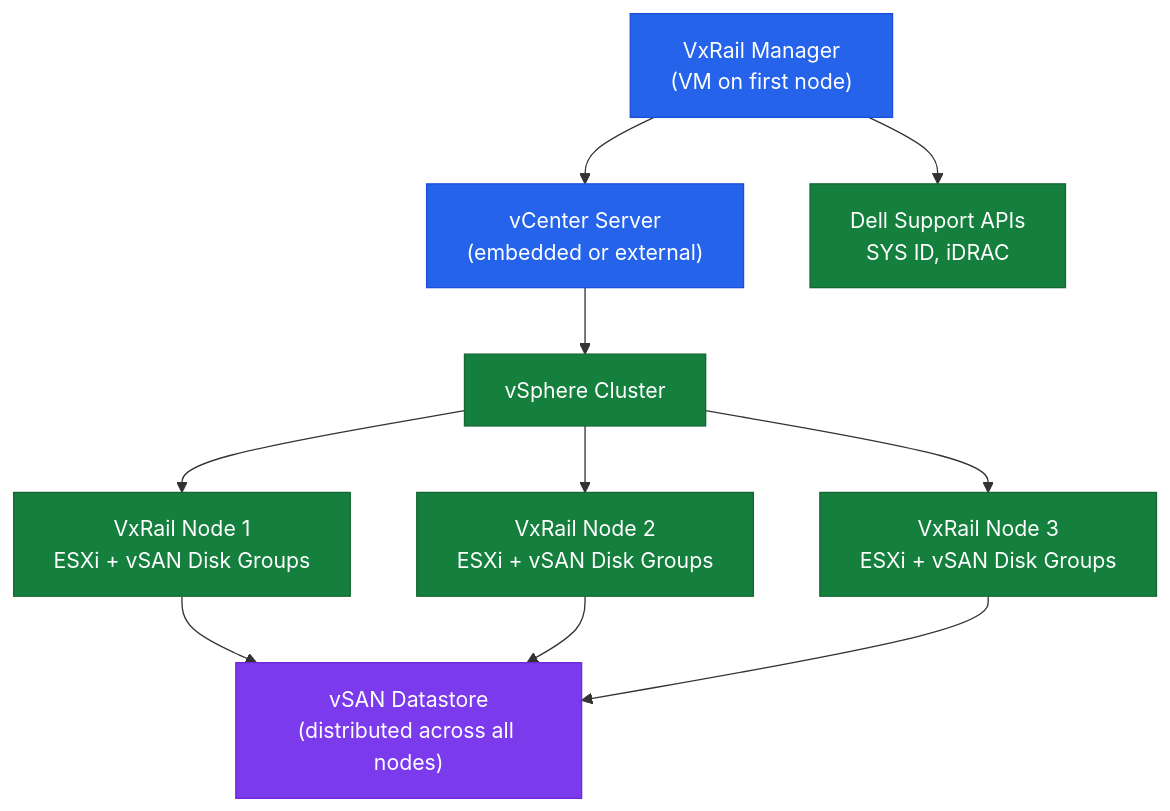
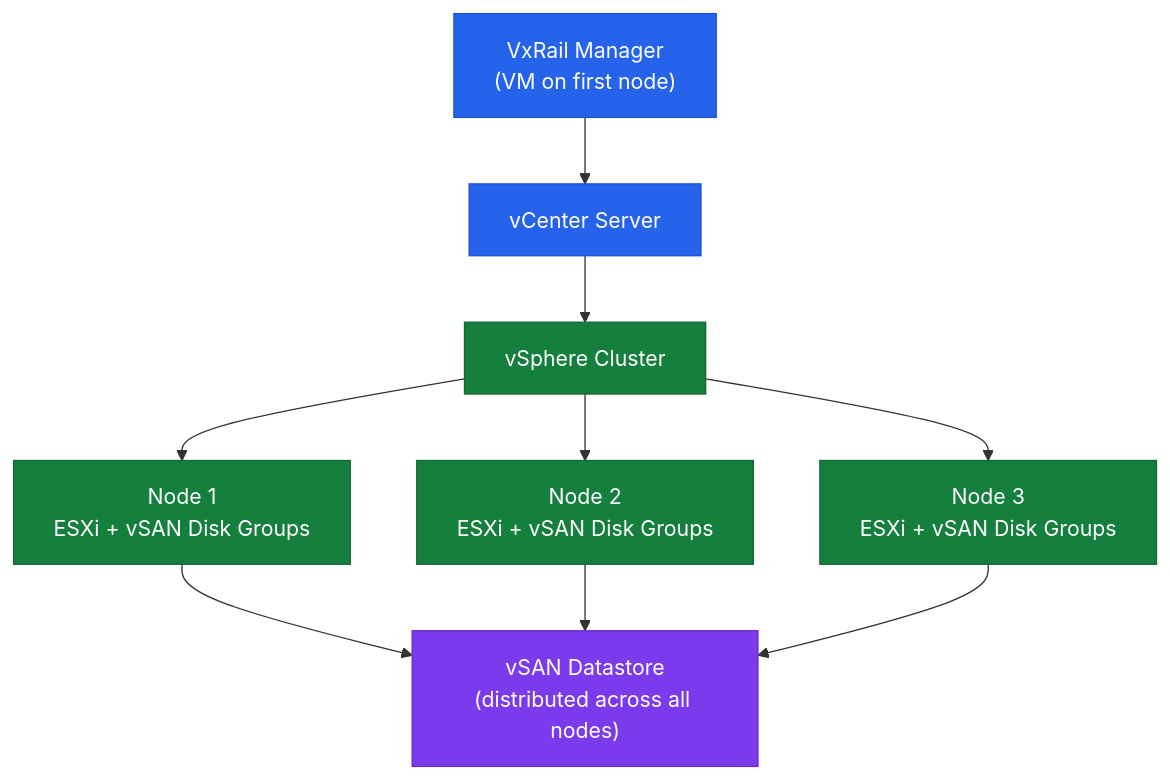
One commit to canast01/chris-kb changed the diagram in docs/virtualization/vmware/vxrail/architecture/index.md. Above: the diagram before and after it, drawn with Mermaid. The commit also changed other lines of this file and 38 other files, not shown here.

First line of the commit message:
Migrate 7 critical architecture pages and fix minor card descriptions

````diff
--- a/docs/virtualization/vmware/vxrail/architecture/index.md
+++ b/docs/virtualization/vmware/vxrail/architecture/index.md
@@ -13,19 +29,18 @@
 ```mermaid
 graph TB
   VXM["VxRail Manager\n(VM on first node)"]
-  VXM --> VC["vCenter Server\n(embedded or external)"]
+  VXM --> VC["vCenter Server"]
   VC --> CL["vSphere Cluster"]
-  CL --> N1["VxRail Node 1\nESXi + vSAN Disk Groups"]
-  CL --> N2["VxRail Node 2\nESXi + vSAN Disk Groups"]
-  CL --> N3["VxRail Node 3\nESXi + vSAN Disk Groups"]
+  CL --> N1["Node 1\nESXi + vSAN Disk Groups"]
+  CL --> N2["Node 2\nESXi + vSAN Disk Groups"]
+  CL --> N3["Node 3\nESXi + vSAN Disk Groups"]
   N1 --> DS["vSAN Datastore\n(distributed across all nodes)"]
   N2 --> DS
   N3 --> DS
-  VXM --> DELL["Dell Support APIs\nSYS ID, iDRAC"]
   classDef ctrl fill:#2563eb,stroke:#1d4ed8,color:#fff
   classDef node fill:#15803d,stroke:#166534,color:#fff
   classDef storage fill:#7c3aed,stroke:#6d28d9,color:#fff
   class VXM,VC ctrl
   class N1,N2,N3 node
   class DS storage
 ```
````
